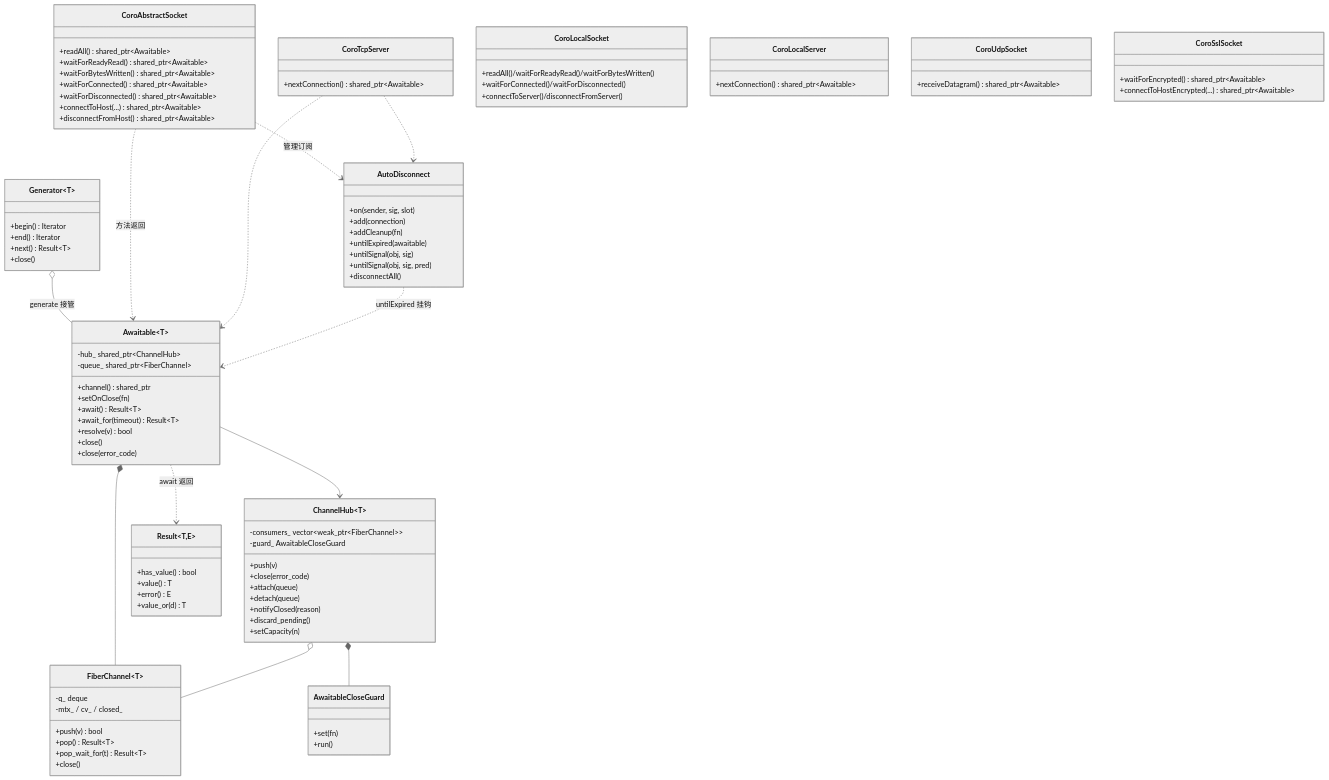
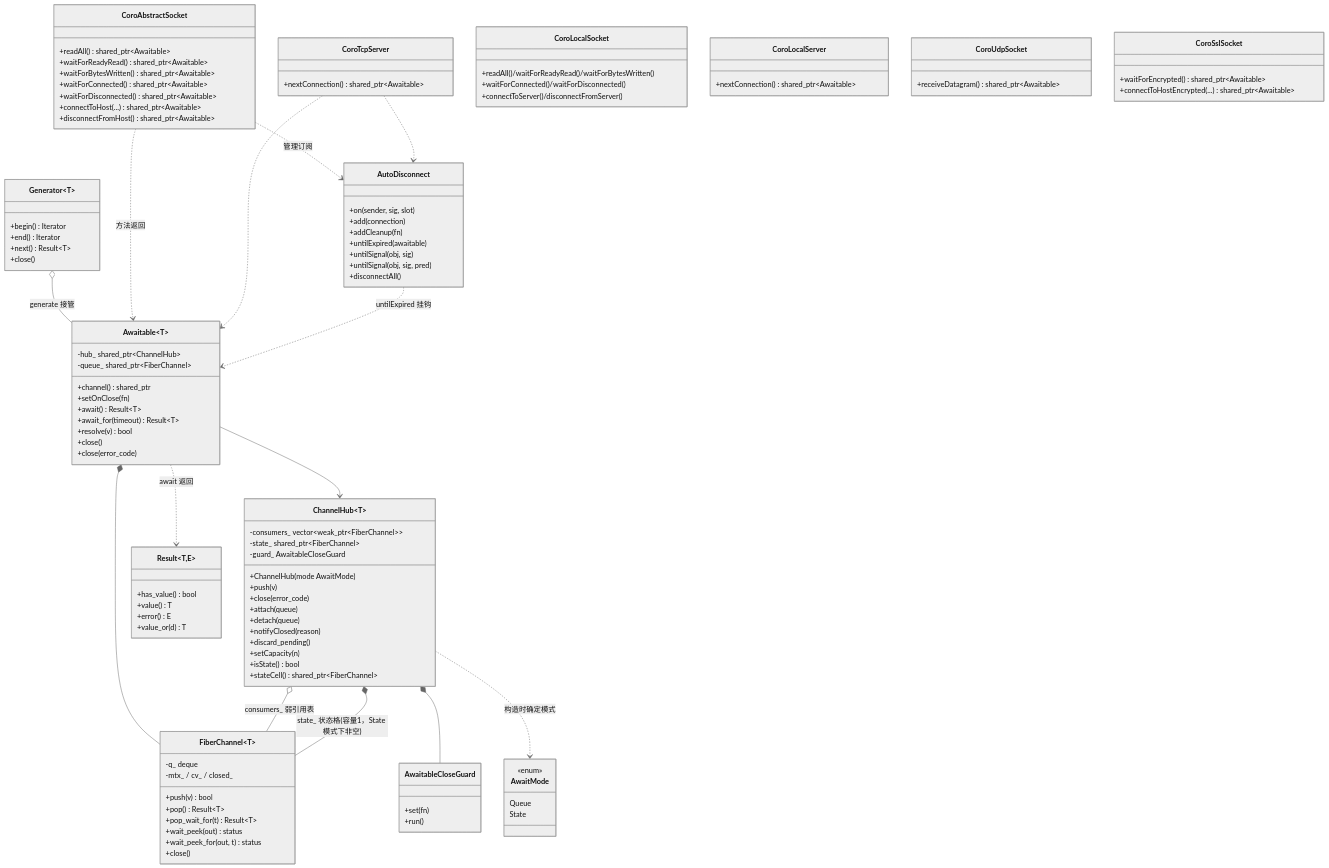
The diagram in doc/img/sdd-05-csc_await.mmd (Ste7an-cs/AsyncTask), drawn with Mermaid (neutral theme) before and after one commit. The commit also changed 5 other files, not shown here.

```diff
--- a/doc/img/sdd-05-csc_await.mmd
+++ b/doc/img/sdd-05-csc_await.mmd
@@ -1,95 +1,108 @@
 classDiagram
     class Awaitable~T~ {
         -hub_ shared_ptr~ChannelHub~
         -queue_ shared_ptr~FiberChannel~
         +channel() shared_ptr
         +setOnClose(fn)
         +await() Result~T~
         +await_for(timeout) Result~T~
         +resolve(v) bool
         +close()
         +close(error_code)
     }
+    class AwaitMode {
+        <<enum>>
+        Queue
+        State
+    }
     class ChannelHub~T~ {
+        +ChannelHub(mode AwaitMode)
         +push(v)
         +close(error_code)
         +attach(queue)
         +detach(queue)
         +notifyClosed(reason)
         +discard_pending()
         +setCapacity(n)
+        +isState() bool
+        +stateCell() shared_ptr~FiberChannel~
         -consumers_ vector~weak_ptr~FiberChannel~~
+        -state_ shared_ptr~FiberChannel~
         -guard_ AwaitableCloseGuard
     }
     class AwaitableCloseGuard {
         +set(fn)
         +run()
     }
     class AutoDisconnect {
         +on(sender, sig, slot)
         +add(connection)
         +addCleanup(fn)
         +untilExpired(awaitable)
         +untilSignal(obj, sig)
         +untilSignal(obj, sig, pred)
         +disconnectAll()
     }
     class Generator~T~ {
         +begin() Iterator
         +end() Iterator
         +next() Result~T~
         +close()
     }
     class FiberChannel~T~ {
         +push(v) bool
         +pop() Result~T~
         +pop_wait_for(t) Result~T~
+        +wait_peek(out) status
+        +wait_peek_for(out, t) status
         +close()
         -q_ deque
         -mtx_ / cv_ / closed_
     }
     class Result~T,E~ {
         +has_value() bool
         +value() T
         +error() E
         +value_or(d) T
     }
     class CoroAbstractSocket {
         +readAll() shared_ptr~Awaitable<QByteArray>~
         +waitForReadyRead() shared_ptr~Awaitable<void>~
         +waitForBytesWritten() shared_ptr~Awaitable<void>~
         +waitForConnected() shared_ptr~Awaitable<void>~
         +waitForDisconnected() shared_ptr~Awaitable<void>~
         +connectToHost(...) shared_ptr~Awaitable<void>~
         +disconnectFromHost() shared_ptr~Awaitable<void>~
     }
     class CoroTcpServer {
         +nextConnection() shared_ptr~Awaitable<QTcpSocket*>~
     }
     class CoroLocalSocket {
         +readAll()/waitForReadyRead()/waitForBytesWritten()
         +waitForConnected()/waitForDisconnected()
         +connectToServer()/disconnectFromServer()
     }
     class CoroLocalServer {
         +nextConnection() shared_ptr~Awaitable<QLocalSocket*>~
     }
     class CoroUdpSocket {
         +receiveDatagram() shared_ptr~Awaitable<QNetworkDatagram>~
     }
     class CoroSslSocket {
         +waitForEncrypted() shared_ptr~Awaitable<void>~
         +connectToHostEncrypted(...) shared_ptr~Awaitable<void>~
     }
 
     Awaitable --> ChannelHub
     Awaitable *-- FiberChannel
-    ChannelHub o-- FiberChannel
+    ChannelHub o-- FiberChannel : consumers_ 弱引用表
+    ChannelHub *-- FiberChannel : state_ 状态格(容量1，State 模式下非空)
     ChannelHub *-- AwaitableCloseGuard
+    ChannelHub ..> AwaitMode : 构造时确定模式
     Awaitable ..> Result : await 返回
     Generator o-- Awaitable : generate 接管
     CoroAbstractSocket ..> Awaitable : 方法返回
     CoroAbstractSocket ..> AutoDisconnect : 管理订阅
     CoroTcpServer ..> Awaitable
     CoroTcpServer ..> AutoDisconnect
     AutoDisconnect ..> Awaitable : untilExpired 挂钩
```
